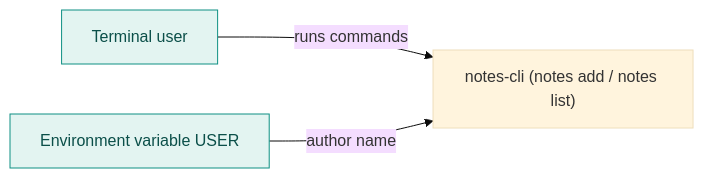
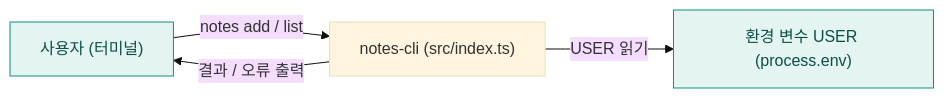
Before and after one commit to hxxnn/codemap: the first of 3 diagrams in examples/ts-notes-cli/docs/codemap/architecture.md, drawn with Mermaid (base theme). The commit also changed other lines of this file and 44 other files, not shown here.

````diff
--- a/examples/ts-notes-cli/docs/codemap/architecture.md
+++ b/examples/ts-notes-cli/docs/codemap/architecture.md
@@ -16,9 +16,10 @@
 ```mermaid
 flowchart LR
-  u["Terminal user"]:::external
-  env["Environment variable USER"]:::external
-  sys["notes-cli (notes add / notes list)"]
-  u -->|"runs commands"| sys
-  env -->|"author name"| sys
+  user["사용자 (터미널)"]:::external
+  cli["notes-cli (src/index.ts)"]
+  env["환경 변수 USER (process.env)"]:::external
+  user -->|"notes add / list"| cli
+  cli -->|"결과 / 오류 출력"| user
+  cli -->|"USER 읽기"| env
   classDef external fill:#E3F4F1,stroke:#0E8F83,color:#0B4F49
 ```
````
